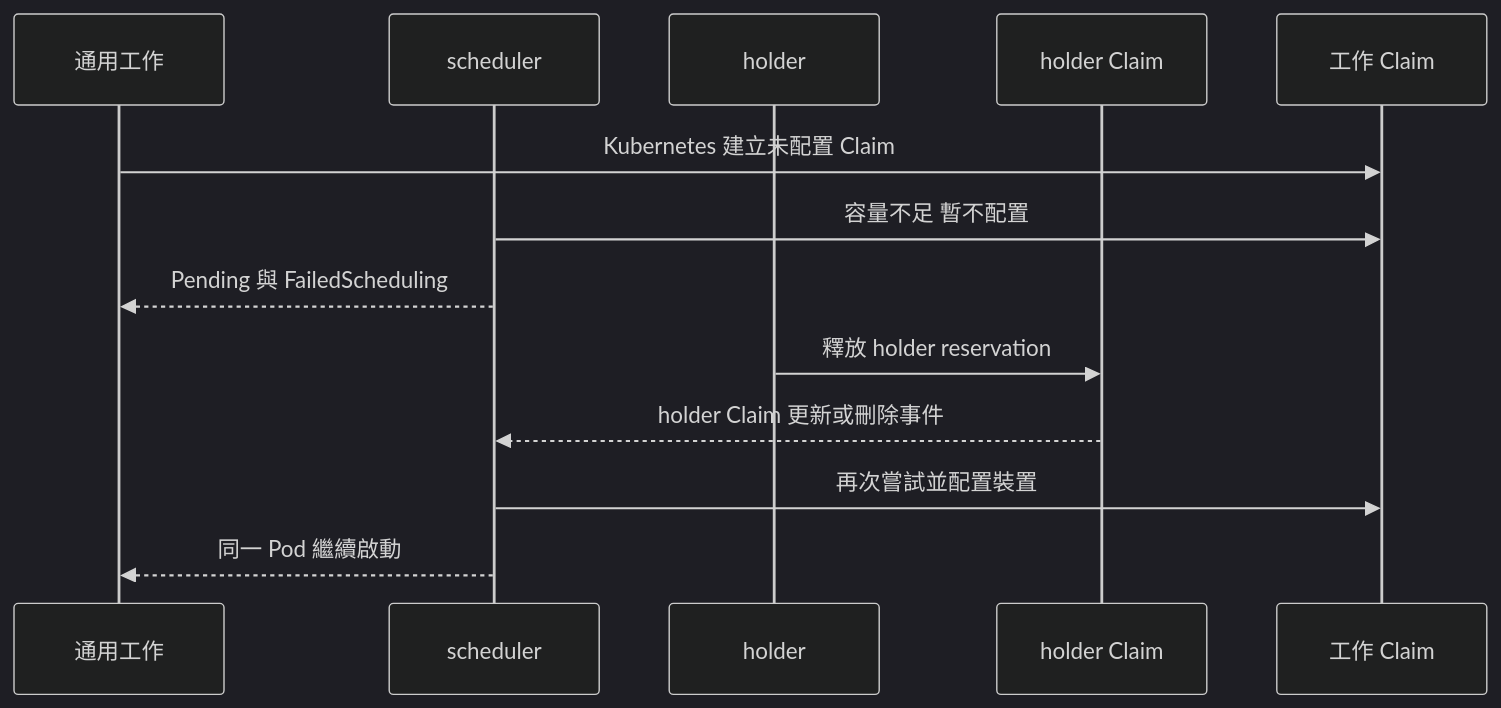
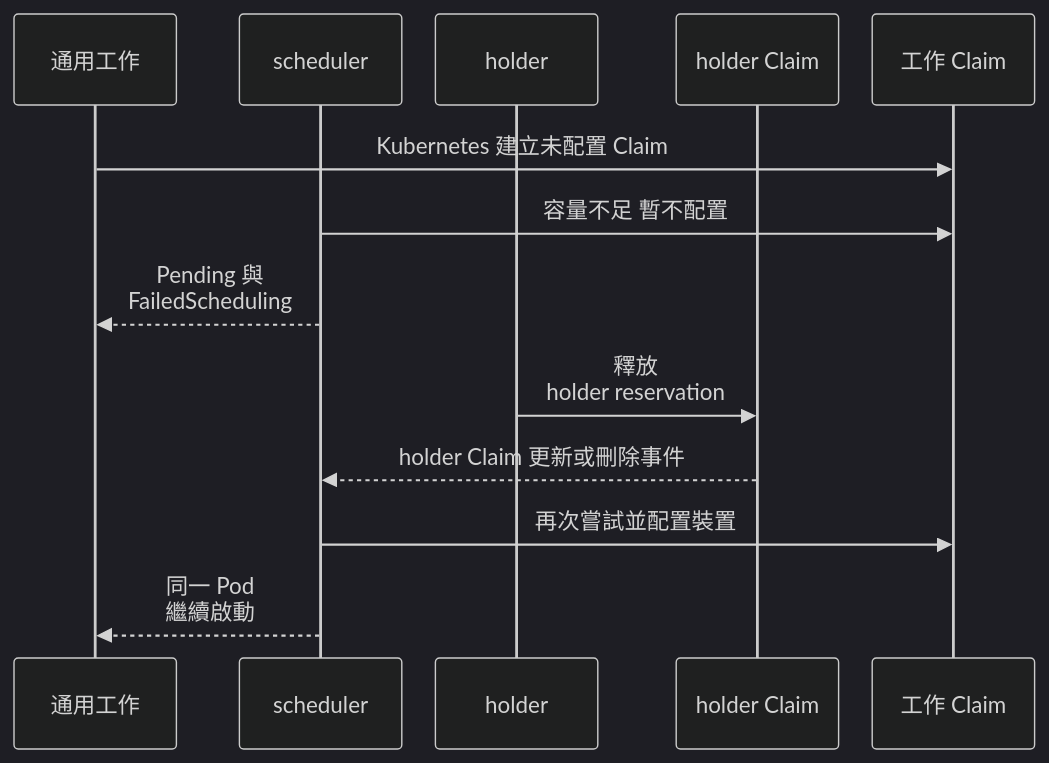
The second of 2 diagrams in book/06-heterogeneous/selection.md (Daniel77871/dra-gpu-sharing-in-practice), drawn with Mermaid (dark theme) before and after one commit. The commit also changed other lines of this file and 15 other files, not shown here.

First line of the commit message:
Fit wide Mermaid diagrams to the GitHub page width

````diff
--- a/book/06-heterogeneous/selection.md
+++ b/book/06-heterogeneous/selection.md
@@ -879,15 +879,16 @@
 ```mermaid
+%%{init: {"sequence": {"actorMargin": 24, "width": 116, "boxMargin": 8, "noteMargin": 8}}}%%
 sequenceDiagram
     participant W as 通用工作
     participant S as scheduler
     participant H as holder
     participant HC as holder Claim
     participant C as 工作 Claim
     W->>C: Kubernetes 建立未配置 Claim
     S->>C: 容量不足 暫不配置
-    S-->>W: Pending 與 FailedScheduling
-    H->>HC: 釋放 holder reservation
+    S-->>W: Pending 與<br/>FailedScheduling
+    H->>HC: 釋放<br/>holder reservation
     HC-->>S: holder Claim 更新或刪除事件
     S->>C: 再次嘗試並配置裝置
-    S-->>W: 同一 Pod 繼續啟動
+    S-->>W: 同一 Pod<br/>繼續啟動
 ```
````
